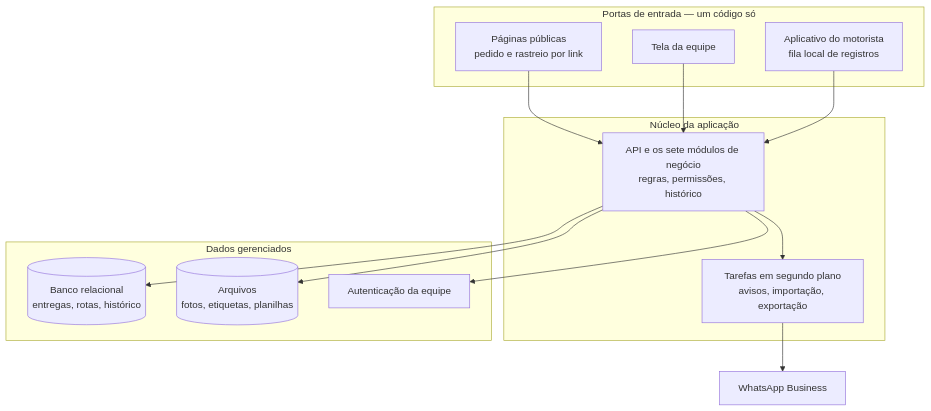
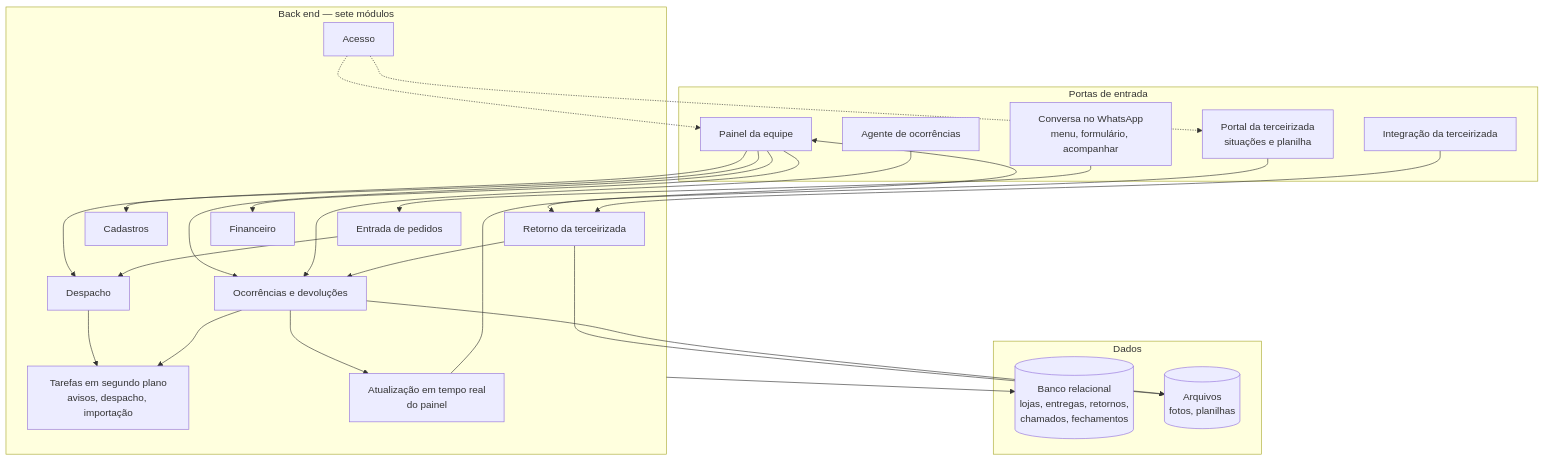
The second of 5 diagrams in docs/00-visao-geral/arquitetura.md (dudarmouras/seal-requisitos), drawn with Mermaid before and after one commit. The commit also changed other lines of this file and 12 other files, not shown here.

````diff
--- a/docs/00-visao-geral/arquitetura.md
+++ b/docs/00-visao-geral/arquitetura.md
@@ -51,30 +51,47 @@
 ```mermaid
 flowchart TB
-  subgraph Entradas["Portas de entrada — um código só"]
-    Publico["Páginas públicas<br/>pedido e rastreio por link"]
-    Web["Tela da equipe"]
-    App["Aplicativo do motorista<br/>fila local de registros"]
+  subgraph Portas["Portas de entrada"]
+    WA["Conversa no WhatsApp<br/>menu, formulário, acompanhar"]
+    Painel["Painel da equipe"]
+    Portal["Portal da terceirizada<br/>situações e planilha"]
+    IntT["Integração da terceirizada"]
+    Agente["Agente de ocorrências"]
   end
 
-  subgraph Nucleo["Núcleo da aplicação"]
-    API["API e os sete módulos de negócio<br/>regras, permissões, histórico"]
-    Jobs["Tarefas em segundo plano<br/>avisos, importação, exportação"]
+  subgraph Backend["Back end — sete módulos"]
+    Pedidos["Entrada de pedidos"]
+    Cad["Cadastros"]
+    Desp["Despacho"]
+    Ret["Retorno da terceirizada"]
+    Cham["Ocorrências e devoluções"]
+    Fin["Financeiro"]
+    Acesso["Acesso"]
+    Jobs["Tarefas em segundo plano<br/>avisos, despacho, importação"]
+    RT["Atualização em tempo real<br/>do painel"]
   end
 
-  subgraph Dados["Dados gerenciados"]
-    DB[("Banco relacional<br/>entregas, rotas, histórico")]
-    Arquivos[("Arquivos<br/>fotos, etiquetas, planilhas")]
-    Auth["Autenticação da equipe"]
+  subgraph Dados["Dados"]
+    DB[("Banco relacional<br/>lojas, entregas, retornos,<br/>chamados, fechamentos")]
+    Arq[("Arquivos<br/>fotos, planilhas")]
   end
 
-  WhatsApp["WhatsApp Business"]
-
-  Publico --> API
-  Web --> API
-  App --> API
-  API --> Jobs
-  API --> DB
-  API --> Arquivos
-  API --> Auth
-  Jobs --> WhatsApp
+  WA --> Pedidos
+  Painel --> Cad
+  Painel --> Desp
+  Painel --> Cham
+  Painel --> Fin
+  Portal --> Ret
+  IntT --> Ret
+  Agente --> Cham
+  Pedidos --> Desp
+  Ret --> Cham
+  Desp --> Jobs
+  Cham --> Jobs
+  Cham --> RT
+  RT --> Painel
+  Backend --> DB
+  Ret --> Arq
+  Cham --> Arq
+  Acesso -.-> Painel
+  Acesso -.-> Portal
 ```
````
